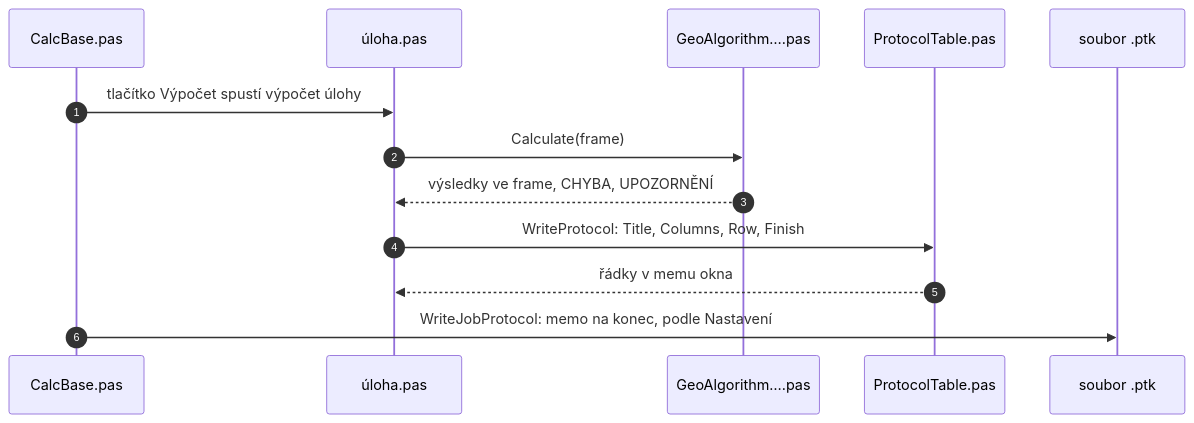
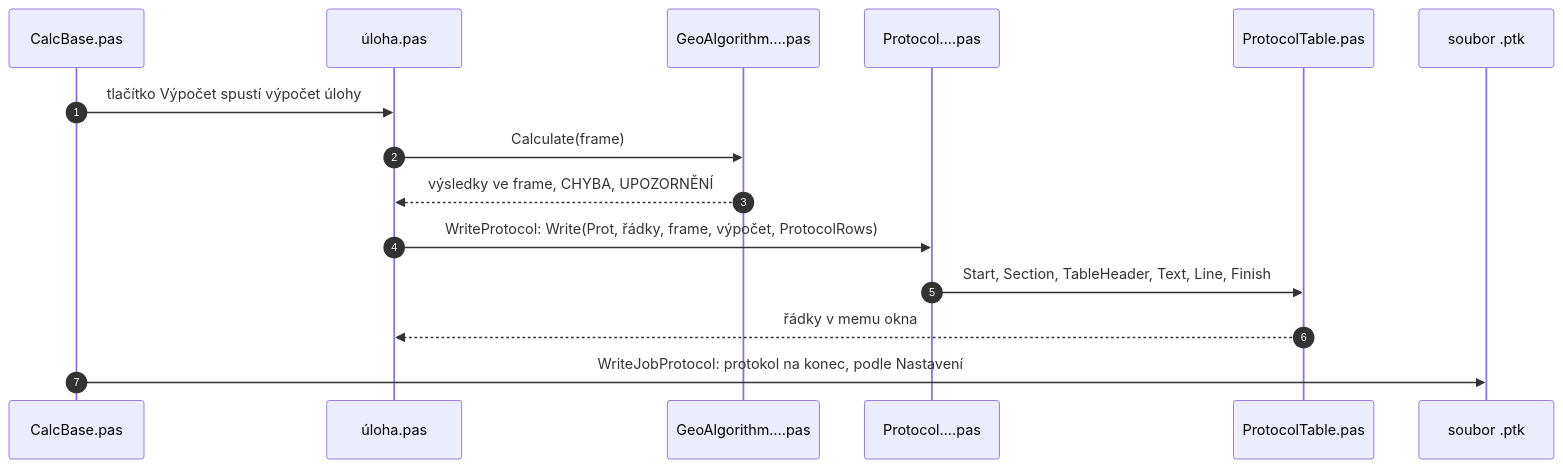
One commit to kovarmi9/GeoSoft changed the diagram in docs/protokol.md. Above: the diagram before and after it, drawn with Mermaid. The commit also changed other lines of this file and 32 other files, not shown here.

````diff
--- a/docs/protokol.md
+++ b/docs/protokol.md
@@ -41,15 +43,17 @@
 ```mermaid
 sequenceDiagram
   autonumber
   participant B as CalcBase.pas
   participant U as úloha.pas
   participant A as GeoAlgorithm….pas
+  participant W as Protocol….pas
   participant P as ProtocolTable.pas
   participant J as soubor .ptk
   B->>U: tlačítko Výpočet spustí výpočet úlohy
   U->>A: Calculate(frame)
   A-->>U: výsledky ve frame, CHYBA, UPOZORNĚNÍ
-  U->>P: WriteProtocol: Title, Columns, Row, Finish
+  U->>W: WriteProtocol: Write(Prot, řádky, frame, výpočet, ProtocolRows)
+  W->>P: Start, Section, TableHeader, Text, Line, Finish
   P-->>U: řádky v memu okna
-  B->>J: WriteJobProtocol: memo na konec, podle Nastavení
+  B->>J: WriteJobProtocol: protokol na konec, podle Nastavení
 ```
````
